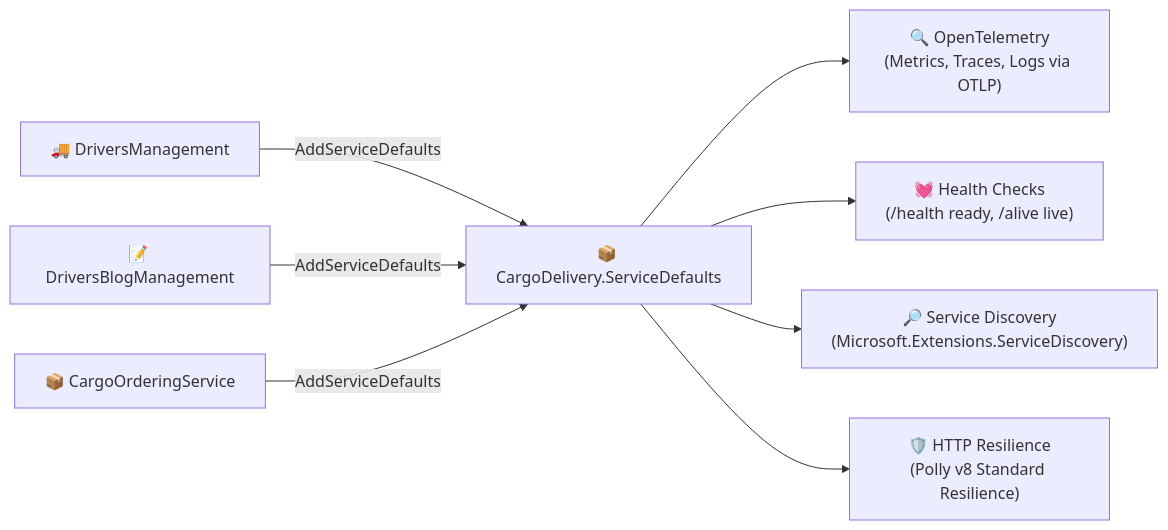
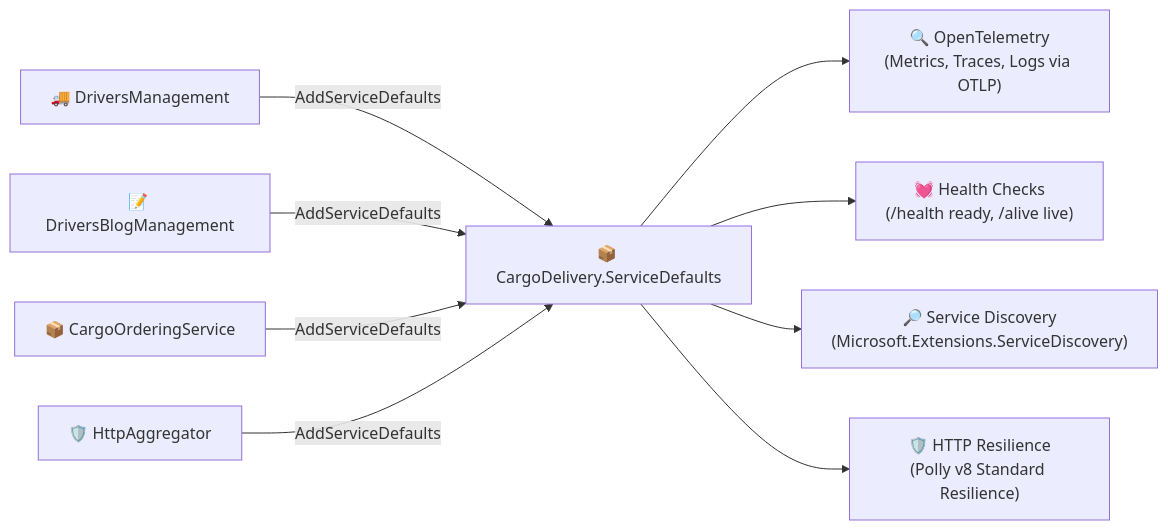
The third of 8 diagrams in 02-Microservices-Craftsman/02-01-Aspire-Documentation/02-01-Aspire-MasterClass.md (MrTomkaYurii/Demo-CargoDeliveryService), drawn with Mermaid before and after one commit. The commit also changed other lines of this file and 227 other files, not shown here.

````diff
--- a/02-Microservices-Craftsman/02-01-Aspire-Documentation/02-01-Aspire-MasterClass.md
+++ b/02-Microservices-Craftsman/02-01-Aspire-Documentation/02-01-Aspire-MasterClass.md
@@ -306,13 +337,14 @@
 ```mermaid
 flowchart LR
     SD["📦 CargoDelivery.ServiceDefaults"]
     
     SD --> OTEL["🔍 OpenTelemetry<br/>(Metrics, Traces, Logs via OTLP)"]
     SD --> HC["💓 Health Checks<br/>(/health ready, /alive live)"]
     SD --> SDISC["🔎 Service Discovery<br/>(Microsoft.Extensions.ServiceDiscovery)"]
     SD --> RES["🛡️ HTTP Resilience<br/>(Polly v8 Standard Resilience)"]
 
     DM["🚚 DriversManagement"] -->|AddServiceDefaults| SD
     DB["📝 DriversBlogManagement"] -->|AddServiceDefaults| SD
     CO["📦 CargoOrderingService"] -->|AddServiceDefaults| SD
+    AGG["🛡️ HttpAggregator"] -->|AddServiceDefaults| SD
 ```
````
